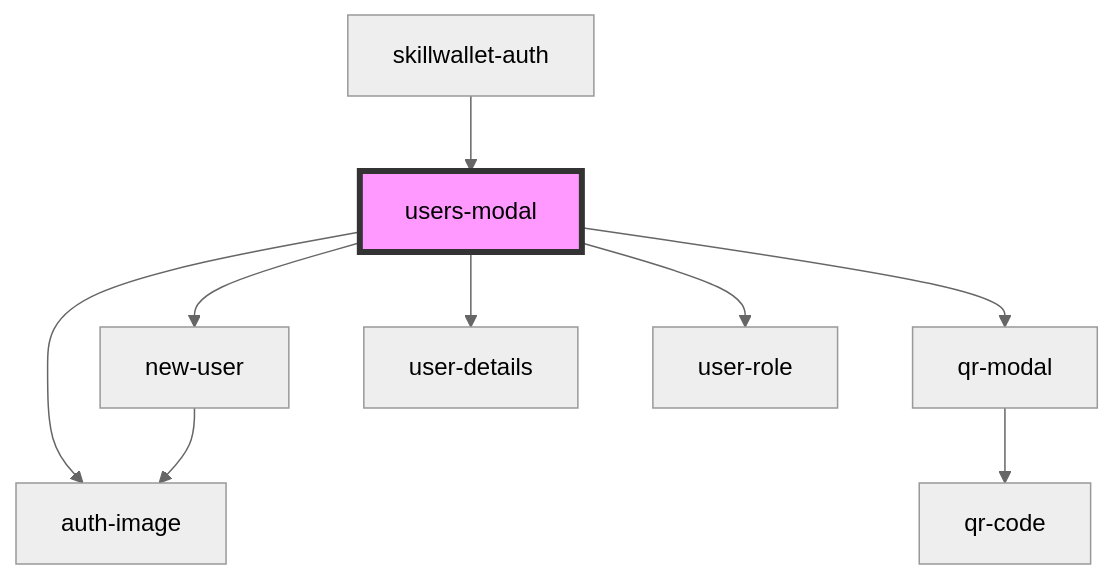
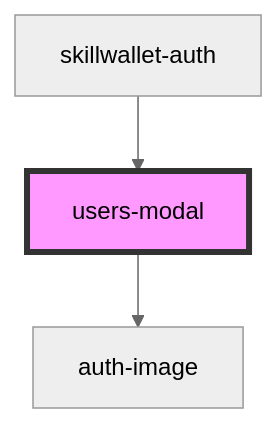
One commit to SkillWallet/auth changed the diagram in src/components/skillwallet-auth/readme.md. Above: the diagram before and after it, drawn with Mermaid (neutral theme). The commit also changed other lines of this file and 1 other file, not shown here.

````diff
--- a/src/components/skillwallet-auth/readme.md
+++ b/src/components/skillwallet-auth/readme.md
@@ -38,12 +27,6 @@
 ```mermaid
 graph TD;
   users-modal --> auth-image
-  users-modal --> qr-modal
-  users-modal --> new-user
-  users-modal --> user-details
-  users-modal --> user-role
-  qr-modal --> qr-code
-  new-user --> auth-image
   skillwallet-auth --> users-modal
   style users-modal fill:#f9f,stroke:#333,stroke-width:4px
 ```
````
